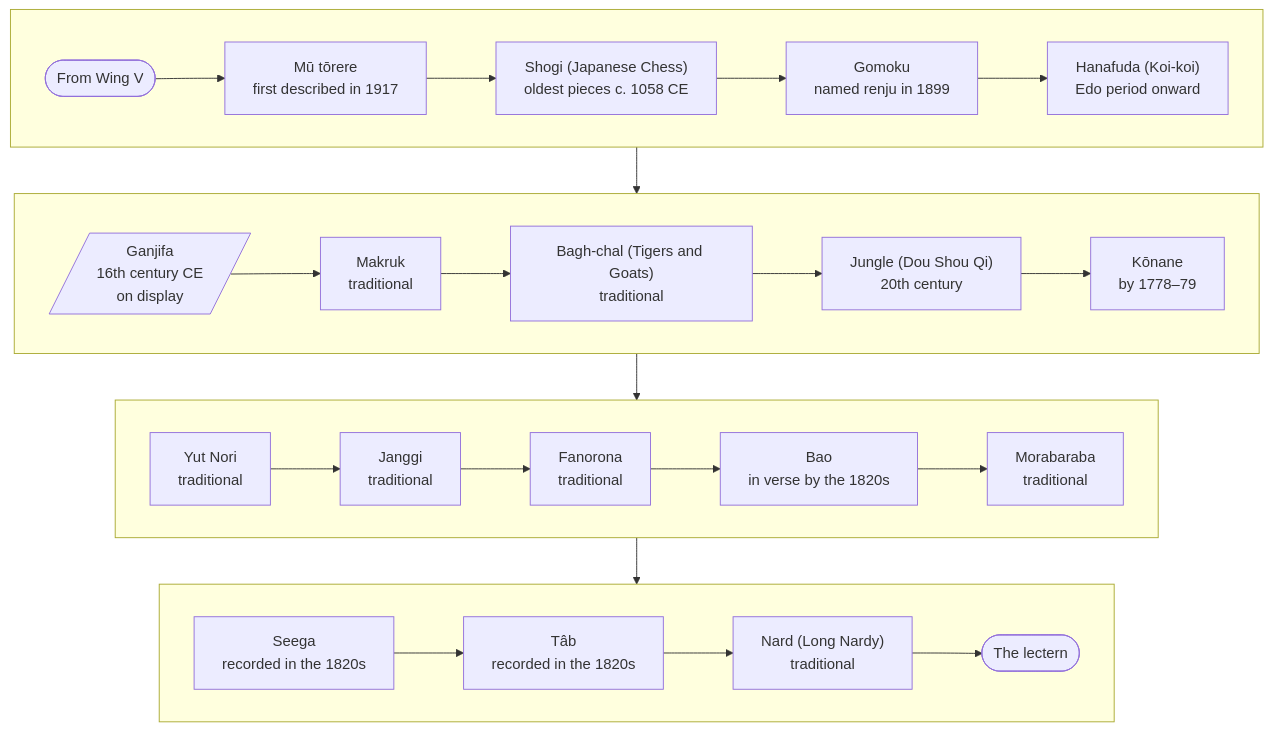
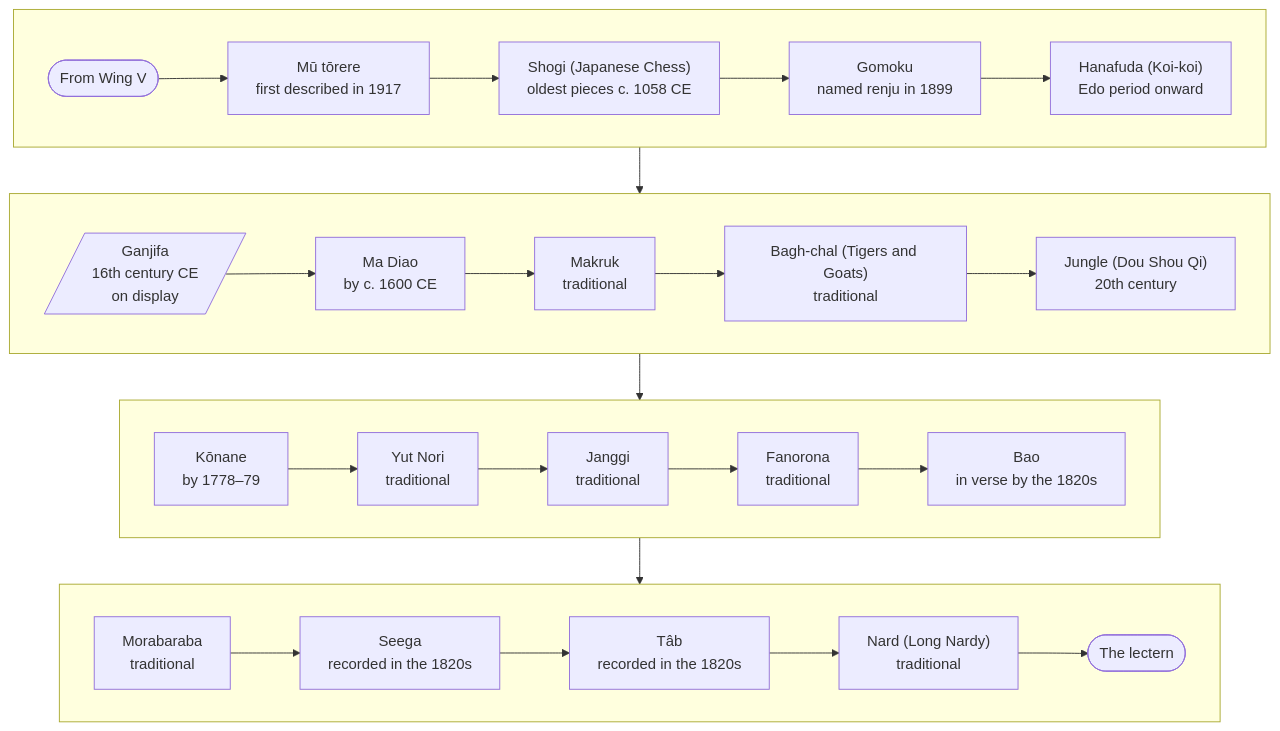
One commit to CptNope/Librarium-Archives changed the ninth of 9 diagrams in docs/games/README.md. Above: the diagram before and after it, drawn with Mermaid. The commit also changed other lines of this file and 44 other files, not shown here.

````diff
--- a/docs/games/README.md
+++ b/docs/games/README.md
@@ -420,22 +432,22 @@
 ```mermaid
 flowchart TB
     subgraph r0[" "]
         direction LR
         in(["From Wing V"]) --> mutorere["Mū tōrere<br/>first described in 1917"] --> shogi["Shogi (Japanese Chess)<br/>oldest pieces c. 1058 CE"] --> gomoku["Gomoku<br/>named renju in 1899"] --> koikoi["Hanafuda (Koi-koi)<br/>Edo period onward"]
     end
     subgraph r1[" "]
         direction LR
-        ganjifa[/"Ganjifa<br/>16th century CE<br/>on display"/] --> makruk["Makruk<br/>traditional"] --> baghchal["Bagh-chal (Tigers and Goats)<br/>traditional"] --> jungle["Jungle (Dou Shou Qi)<br/>20th century"] --> konane["Kōnane<br/>by 1778–79"]
+        ganjifa[/"Ganjifa<br/>16th century CE<br/>on display"/] --> madiao["Ma Diao<br/>by c. 1600 CE"] --> makruk["Makruk<br/>traditional"] --> baghchal["Bagh-chal (Tigers and Goats)<br/>traditional"] --> jungle["Jungle (Dou Shou Qi)<br/>20th century"]
     end
     subgraph r2[" "]
         direction LR
-        yut["Yut Nori<br/>traditional"] --> janggi["Janggi<br/>traditional"] --> fanorona["Fanorona<br/>traditional"] --> bao["Bao<br/>in verse by the 1820s"] --> morabaraba["Morabaraba<br/>traditional"]
+        konane["Kōnane<br/>by 1778–79"] --> yut["Yut Nori<br/>traditional"] --> janggi["Janggi<br/>traditional"] --> fanorona["Fanorona<br/>traditional"] --> bao["Bao<br/>in verse by the 1820s"]
     end
     subgraph r3[" "]
         direction LR
-        seega["Seega<br/>recorded in the 1820s"] --> tab["Tâb<br/>recorded in the 1820s"] --> nard["Nard (Long Nardy)<br/>traditional"] --> out(["The lectern"])
+        morabaraba["Morabaraba<br/>traditional"] --> seega["Seega<br/>recorded in the 1820s"] --> tab["Tâb<br/>recorded in the 1820s"] --> nard["Nard (Long Nardy)<br/>traditional"] --> out(["The lectern"])
     end
     r0 --> r1
     r1 --> r2
     r2 --> r3
 ```
````
